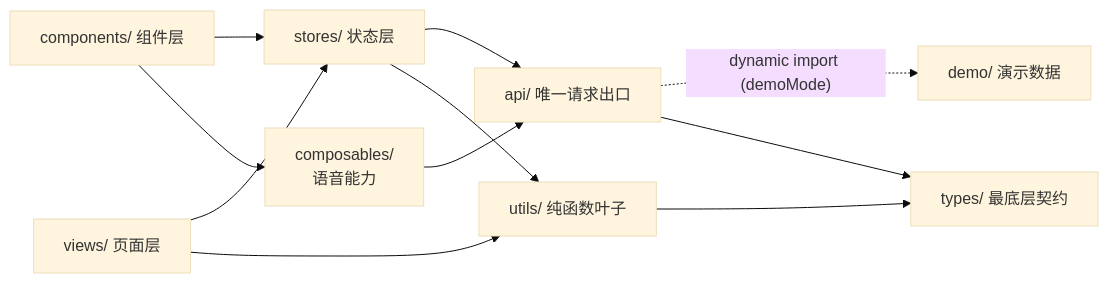
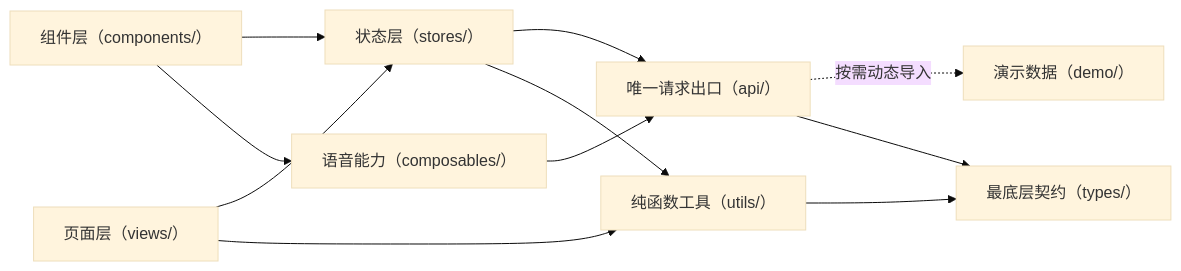
One commit to rereareal/ta-new changed the first of 2 diagrams in PPT-Helper/decks/intro-webui.md. Above: the diagram before and after it, drawn with Mermaid (base theme). The commit also changed other lines of this file and 1 other file, not shown here.

````diff
--- a/PPT-Helper/decks/intro-webui.md
+++ b/PPT-Helper/decks/intro-webui.md
@@ -160,13 +160,13 @@
 ```mermaid
 flowchart LR
-  V["views/ 页面层"] --> S["stores/ 状态层"]
-  C["components/ 组件层"] --> S
-  C --> COMP["composables/<br/>语音能力"]
-  S --> API["api/ 唯一请求出口"]
+  V["页面层（views/）"] --> S["状态层（stores/）"]
+  C["组件层（components/）"] --> S
+  C --> COMP["语音能力（composables/）"]
+  S --> API["唯一请求出口（api/）"]
   COMP --> API
-  API -. "dynamic import (demoMode)" .-> DEMO["demo/ 演示数据"]
-  V --> U["utils/ 纯函数叶子"]
+  API -. "按需动态导入" .-> DEMO["演示数据（demo/）"]
+  V --> U["纯函数工具（utils/）"]
   S --> U
-  API --> T["types/ 最底层契约"]
+  API --> T["最底层契约（types/）"]
   U --> T
 ```
````
